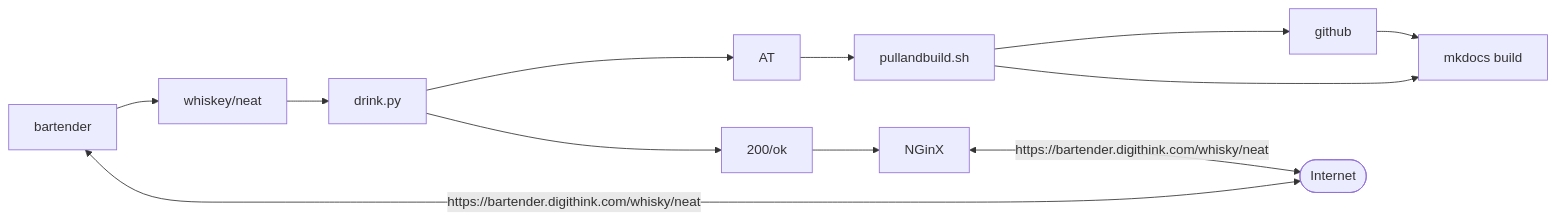
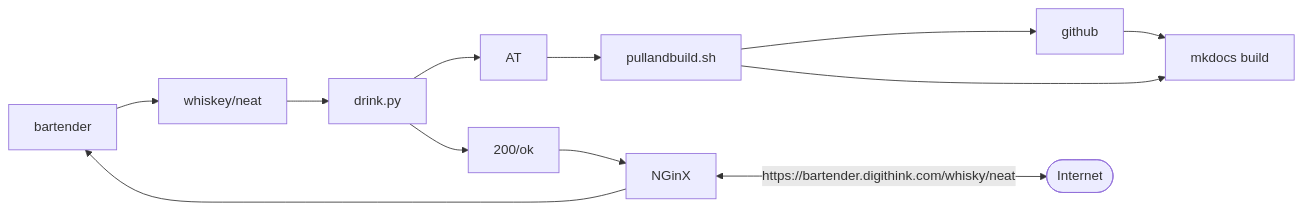
The second of 2 diagrams in whiskey/bartender/docs/README.md (suspect-devices/digithink), drawn with Mermaid before and after one commit. The commit also changed other lines of this file, not shown here.

````diff
--- a/whiskey/bartender/docs/README.md
+++ b/whiskey/bartender/docs/README.md
@@ -19,9 +19,9 @@
 ```mermaid
   graph LR
   A[bartender] --> B[whiskey/neat] --> F[drink.py] --> C[AT]
   F --> H[200/ok] --> N[NGinX] <--https://bartender.digithink.com/whisky/neat --> I([Internet])
   C --> D[pullandbuild.sh] --> G[github]
   G-->E
   D --> E[mkdocs build]
-  I([Internet]) <--https://bartender.digithink.com/whisky/neat --> A
+  N --> A
 ```
````
